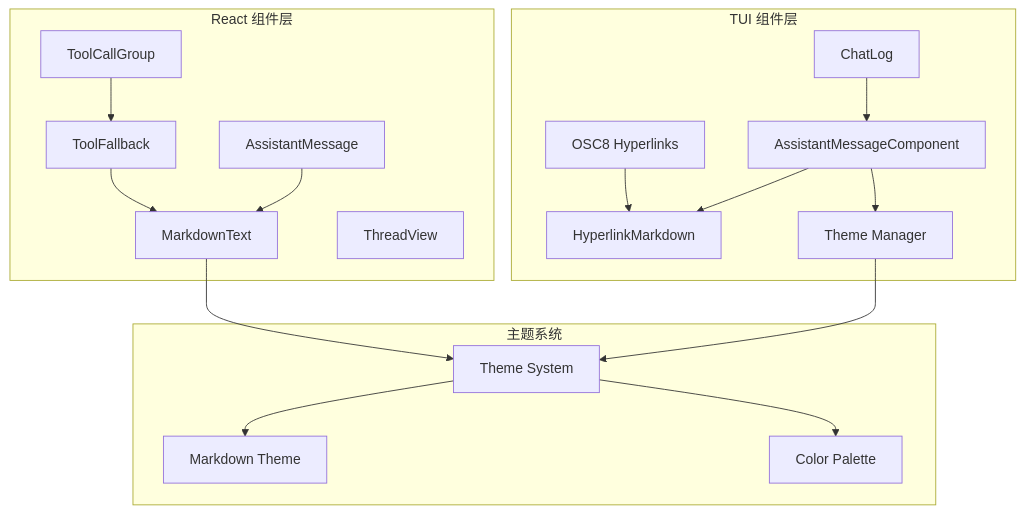
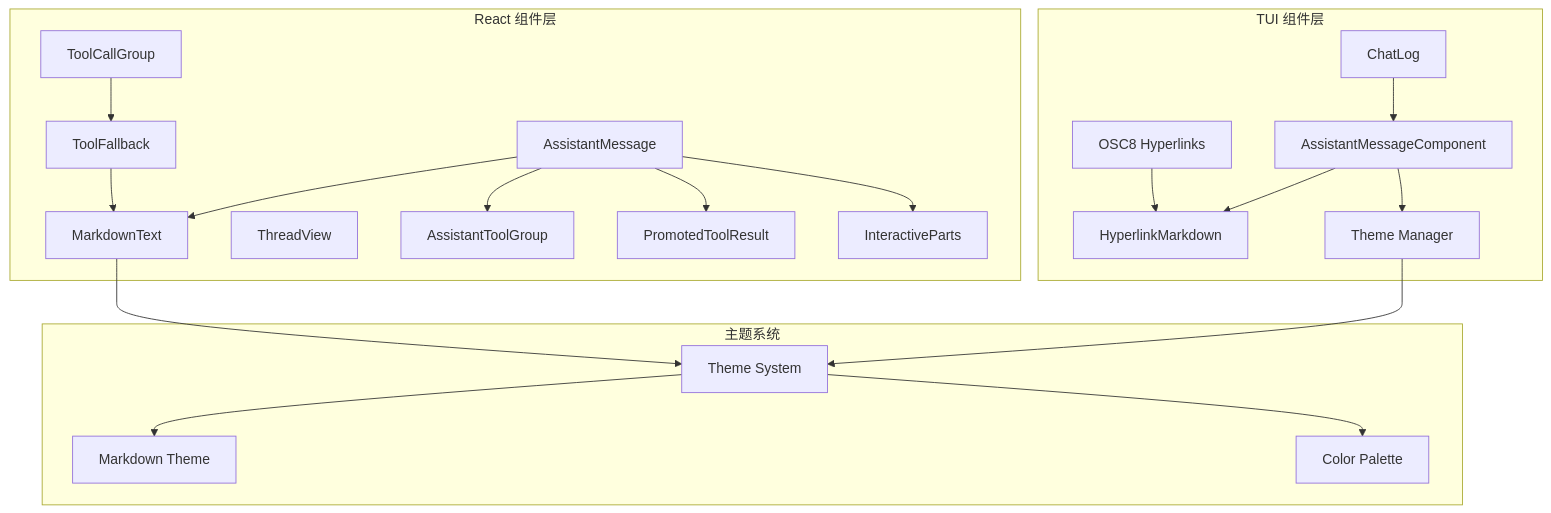
The first of 13 diagrams in .qoder/repowiki/zh/content/Assistant Message Component/Assistant Message Component.md (verse-ai-org/openclaw), drawn with Mermaid before and after one commit. The commit also changed other lines of this file and 95 other files, not shown here.

````diff
--- a/.qoder/repowiki/zh/content/Assistant Message Component/Assistant Message Component.md
+++ b/.qoder/repowiki/zh/content/Assistant Message Component/Assistant Message Component.md
@@ -46,33 +51,39 @@
 ```mermaid
 graph TB
 subgraph "TUI 组件层"
 AM[AssistantMessageComponent]
 HM[HyperlinkMarkdown]
 CL[ChatLog]
 TM[Theme Manager]
 OH[OSC8 Hyperlinks]
 end
 subgraph "React 组件层"
 AMR[AssistantMessage]
 MDR[MarkdownText]
 TV[ThreadView]
 TF[ToolFallback]
 TCG[ToolCallGroup]
+ATG[AssistantToolGroup]
+PTR[PromotedToolResult]
+IP[InteractiveParts]
 end
 subgraph "主题系统"
 THEME[Theme System]
 MD_THEME[Markdown Theme]
 PALETTE[Color Palette]
 end
 AM --> HM
 CL --> AM
 AM --> TM
 TM --> THEME
 THEME --> MD_THEME
 THEME --> PALETTE
 AMR --> MDR
+AMR --> ATG
+AMR --> PTR
+AMR --> IP
 MDR --> THEME
 TF --> MDR
 TCG --> TF
 OH --> HM
 ```
````
